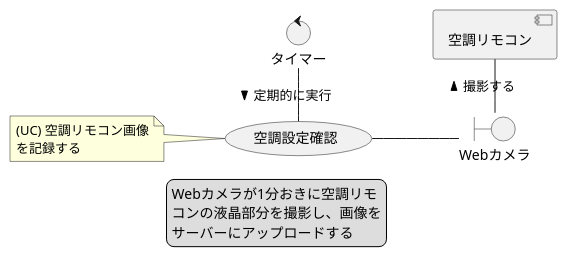
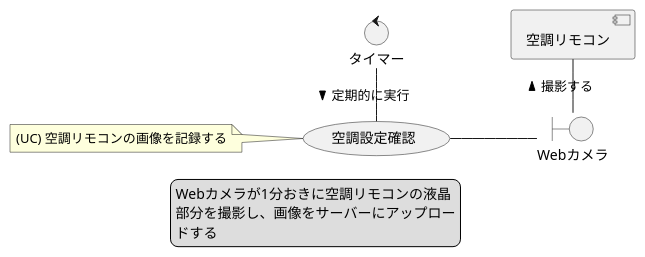
The diagram in system-usecase-webcam.puml (kkismd/document-template), drawn with PlantUML before and after one commit. The commit also changed 8 other files, not shown here.

```diff
--- a/system-usecase-webcam.puml
+++ b/system-usecase-webcam.puml
@@ -1,22 +1,21 @@
 @startuml
 left to right direction
 
 usecase 空調設定確認
 boundary Webカメラ
 control タイマー
 component 空調リモコン
 
 legend
-Webカメラが1分おきに空調リモ
-コンの液晶部分を撮影し、画像を
-サーバーにアップロードする
+Webカメラが1分おきに空調リモコンの液晶
+部分を撮影し、画像をサーバーにアップロー
+ドする
 end legend
 
 タイマー - 空調設定確認 : 定期的に実行 >
 空調設定確認 -- Webカメラ
-'Webカメラ - 空調リモコン : 撮影する >
 空調リモコン - Webカメラ : 撮影する <
 
-note left of 空調設定確認: (UC) 空調リモコン画像\nを記録する
+note left of 空調設定確認: (UC) 空調リモコンの画像を記録する
 
 @enduml
```
